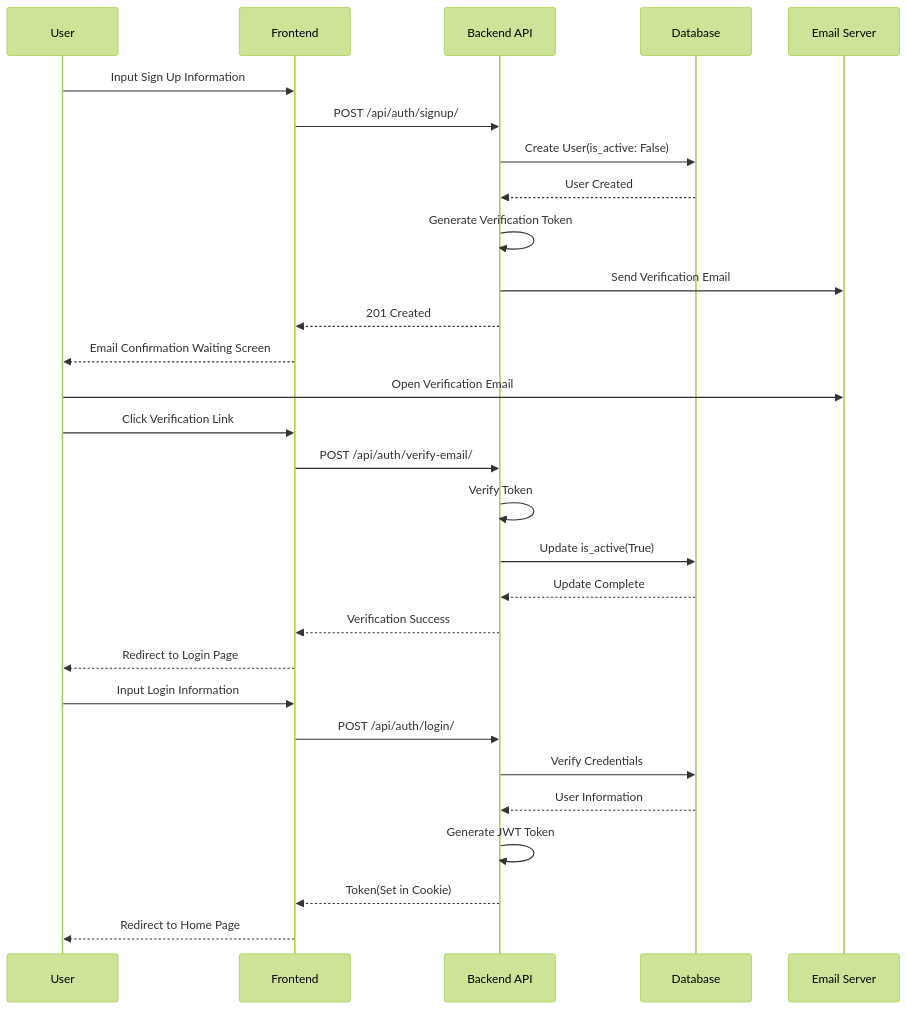
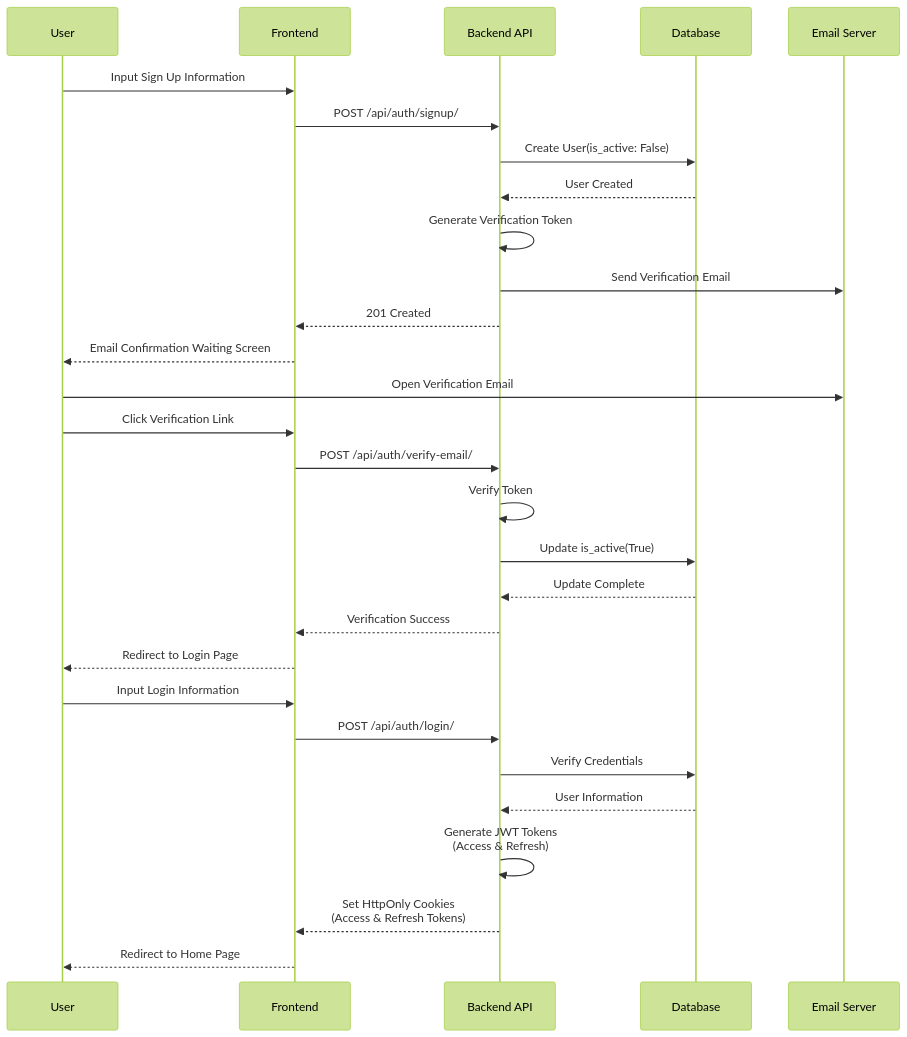
One commit to yukiharada1228/videoq changed the third of 6 diagrams in docs/design/sequence-diagram.md. Above: the diagram before and after it, drawn with Mermaid (forest theme). The commit also changed 5 other files, not shown here.

````diff
--- a/docs/design/sequence-diagram.md
+++ b/docs/design/sequence-diagram.md
@@ -76,34 +76,34 @@
 ```mermaid
 sequenceDiagram
     participant User as User
     participant Frontend as Frontend
     participant Backend as Backend API
     participant DB as Database
     participant Email as Email Server
 
     User->>Frontend: Input Sign Up Information
     Frontend->>Backend: POST /api/auth/signup/
     Backend->>DB: Create User(is_active: False)
     DB-->>Backend: User Created
     Backend->>Backend: Generate Verification Token
     Backend->>Email: Send Verification Email
     Backend-->>Frontend: 201 Created
     Frontend-->>User: Email Confirmation Waiting Screen
     
     User->>Email: Open Verification Email
     User->>Frontend: Click Verification Link
     Frontend->>Backend: POST /api/auth/verify-email/
     Backend->>Backend: Verify Token
     Backend->>DB: Update is_active(True)
     DB-->>Backend: Update Complete
     Backend-->>Frontend: Verification Success
     Frontend-->>User: Redirect to Login Page
     
     User->>Frontend: Input Login Information
     Frontend->>Backend: POST /api/auth/login/
     Backend->>DB: Verify Credentials
     DB-->>Backend: User Information
-    Backend->>Backend: Generate JWT Token
-    Backend-->>Frontend: Token(Set in Cookie)
+    Backend->>Backend: Generate JWT Tokens<br/>(Access & Refresh)
+    Backend-->>Frontend: Set HttpOnly Cookies<br/>(Access & Refresh Tokens)
     Frontend-->>User: Redirect to Home Page
 ```
````
